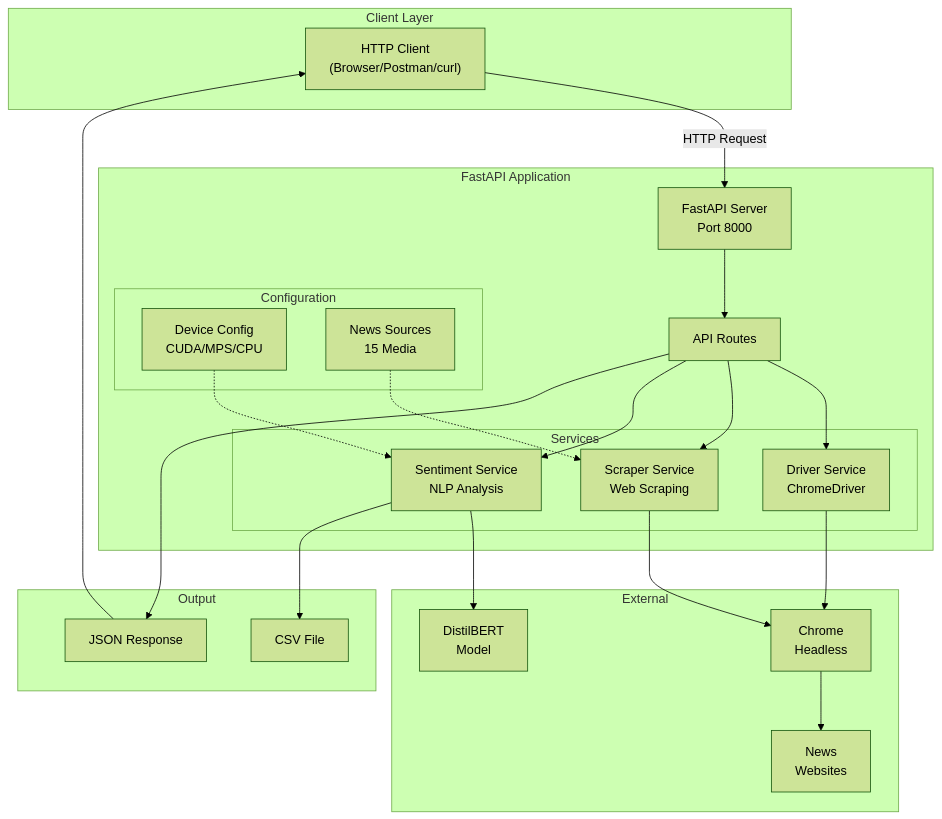
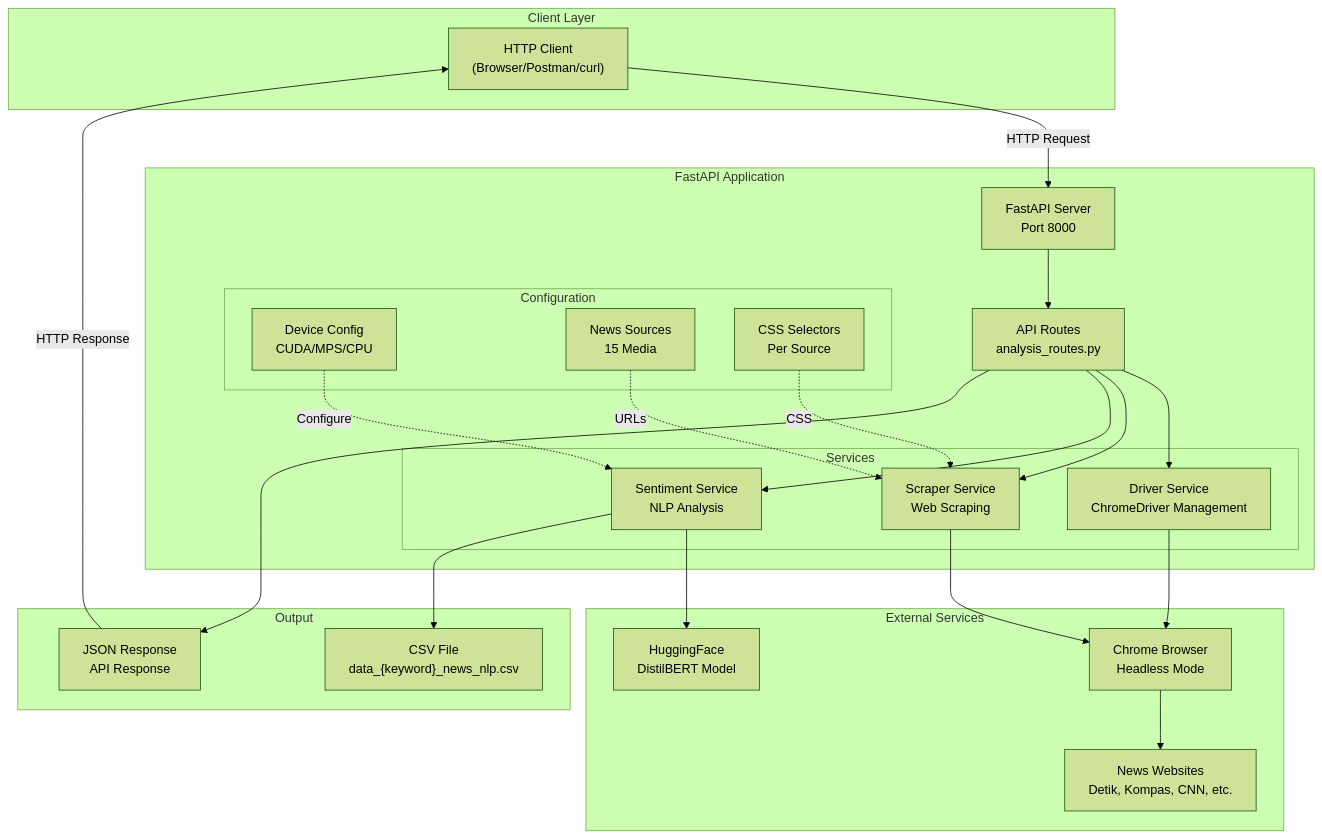
The first of 7 diagrams in README.md (R26raihan/Tugas_generativeAI), drawn with Mermaid (forest theme) before and after one commit. The commit also changed other lines of this file, not shown here.

Commit message:
Add all Mermaid diagrams directly to README

````diff
--- a/README.md
+++ b/README.md
@@ -60,52 +62,54 @@
 ```mermaid
 graph TB
     subgraph "Client Layer"
         Client["HTTP Client<br/>(Browser/Postman/curl)"]
     end
     
     subgraph "FastAPI Application"
         API["FastAPI Server<br/>Port 8000"]
-        Routes["API Routes"]
+        Routes["API Routes<br/>analysis_routes.py"]
         
         subgraph "Services"
-            Driver["Driver Service<br/>ChromeDriver"]
+            Driver["Driver Service<br/>ChromeDriver Management"]
             Scraper["Scraper Service<br/>Web Scraping"]
             Sentiment["Sentiment Service<br/>NLP Analysis"]
         end
         
         subgraph "Configuration"
             DeviceConfig["Device Config<br/>CUDA/MPS/CPU"]
             NewsConfig["News Sources<br/>15 Media"]
+            Selectors["CSS Selectors<br/>Per Source"]
         end
     end
     
-    subgraph "External"
-        Chrome["Chrome<br/>Headless"]
-        Model["DistilBERT<br/>Model"]
-        News["News<br/>Websites"]
+    subgraph "External Services"
+        Chrome["Chrome Browser<br/>Headless Mode"]
+        HuggingFace["HuggingFace<br/>DistilBERT Model"]
+        NewsWebsites["News Websites<br/>Detik, Kompas, CNN, etc."]
     end
     
     subgraph "Output"
-        CSV["CSV File"]
-        JSON["JSON Response"]
+        CSV["CSV File<br/>data_{keyword}_news_nlp.csv"]
+        JSON["JSON Response<br/>API Response"]
     end
     
     Client -->|HTTP Request| API
     API --> Routes
     Routes --> Driver
     Routes --> Scraper
     Routes --> Sentiment
     
     Driver --> Chrome
     Scraper --> Chrome
-    Chrome --> News
+    Chrome --> NewsWebsites
     
-    Sentiment --> Model
+    Sentiment --> HuggingFace
     
-    DeviceConfig -.-> Sentiment
-    NewsConfig -.-> Scraper
+    DeviceConfig -.->|Configure| Sentiment
+    NewsConfig -.->|URLs| Scraper
+    Selectors -.->|CSS| Scraper
     
     Sentiment --> CSV
     Routes --> JSON
-    JSON --> Client
+    JSON -->|HTTP Response| Client
 ```
````
